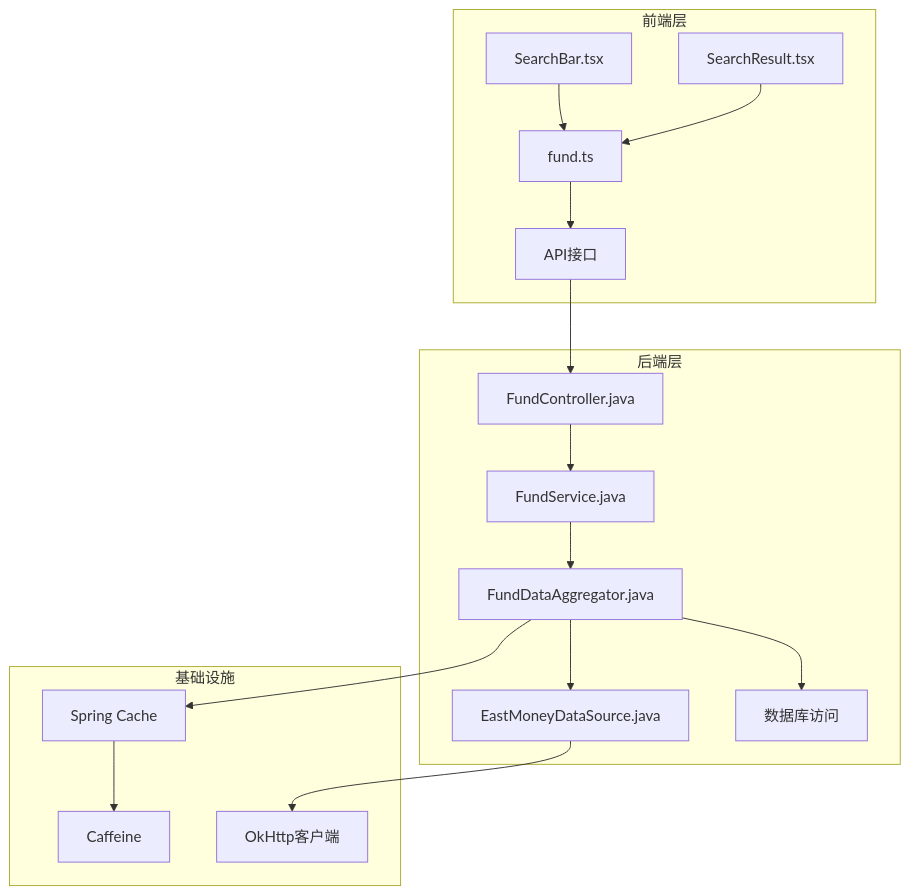
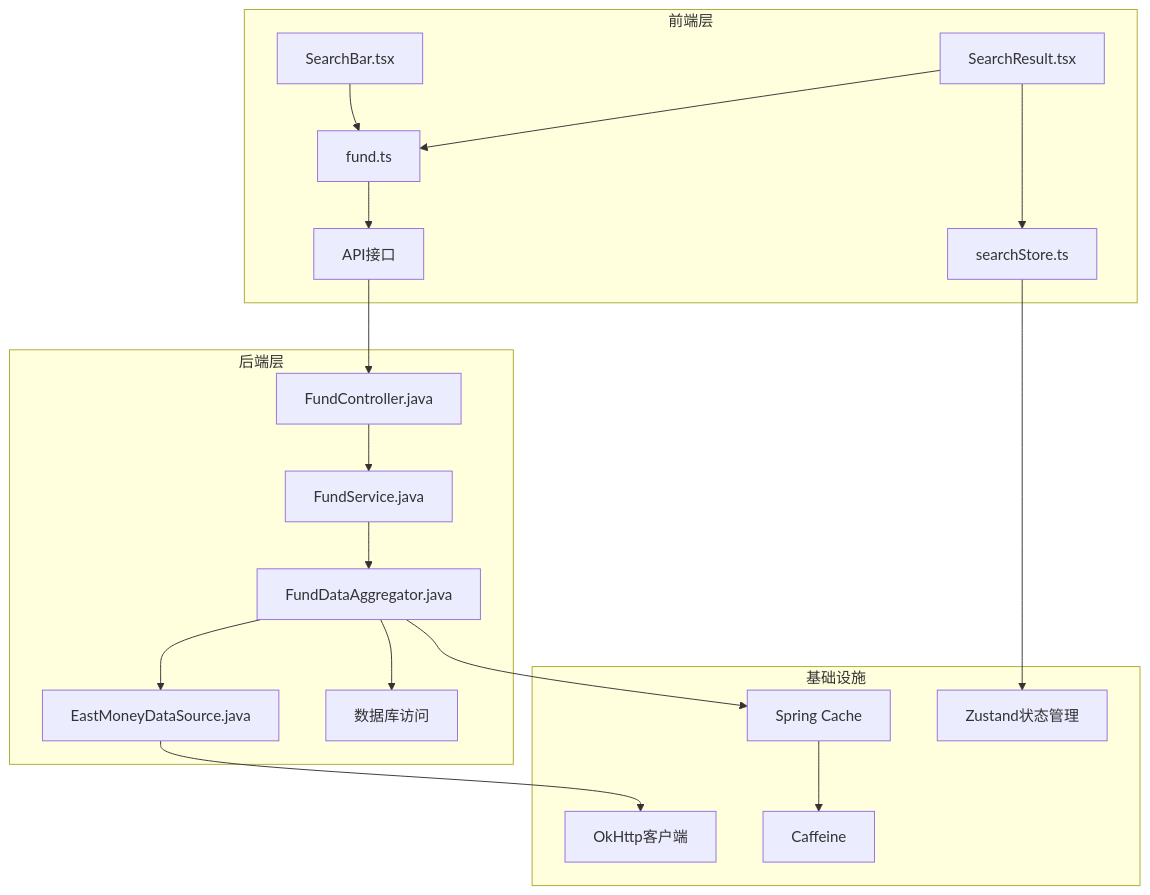
One commit to gree-coder/fund-butler changed the eighth of 8 diagrams in .qoder/repowiki/zh/content/核心功能开发/搜索功能优化.md. Above: the diagram before and after it, drawn with Mermaid. The commit also changed other lines of this file and 11 other files, not shown here.

````diff
--- a/.qoder/repowiki/zh/content/核心功能开发/搜索功能优化.md
+++ b/.qoder/repowiki/zh/content/核心功能开发/搜索功能优化.md
@@ -274,23 +324,26 @@
 ```mermaid
 graph TB
 subgraph "前端层"
 A[SearchBar.tsx] --> B[fund.ts]
 C[SearchResult.tsx] --> B
-B --> D[API接口]
+C --> D[searchStore.ts]
+B --> E[API接口]
 end
 subgraph "后端层"
-E[FundController.java] --> F[FundService.java]
-F --> G[FundDataAggregator.java]
-G --> H[EastMoneyDataSource.java]
-G --> I[数据库访问]
+F[FundController.java] --> G[FundService.java]
+G --> H[FundDataAggregator.java]
+H --> I[EastMoneyDataSource.java]
+H --> J[数据库访问]
 end
 subgraph "基础设施"
-J[Spring Cache]
-K[Caffeine]
-L[OkHttp客户端]
+K[Spring Cache]
+L[Caffeine]
+M[OkHttp客户端]
+N[Zustand状态管理]
 end
-D --> E
-G --> J
-J --> K
-H --> L
+E --> F
+H --> K
+K --> L
+I --> M
+D --> N
 ```
````
